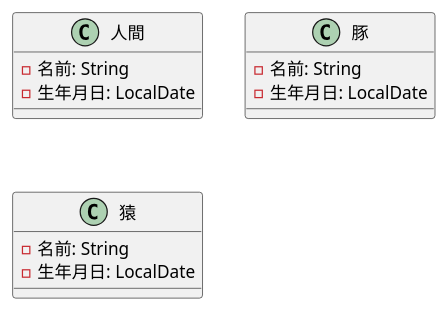
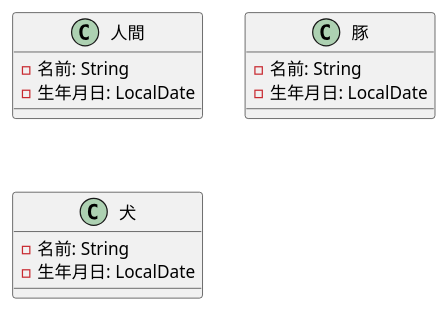
One commit to YamadaKyohei/plantuml-actions-test changed the diagram in test.puml. Above: the diagram before and after it, drawn with PlantUML.

```diff
--- a/test.puml
+++ b/test.puml
@@ -1,18 +1,18 @@
 @startuml
 
 class 人間 {
 	- 名前: String
 	- 生年月日: LocalDate
 }
 
 class 豚 {
 	- 名前: String
 	- 生年月日: LocalDate
 }
 
-class 猿 {
+class 犬 {
 	- 名前: String
 	- 生年月日: LocalDate
 }
 
 @enduml
```
